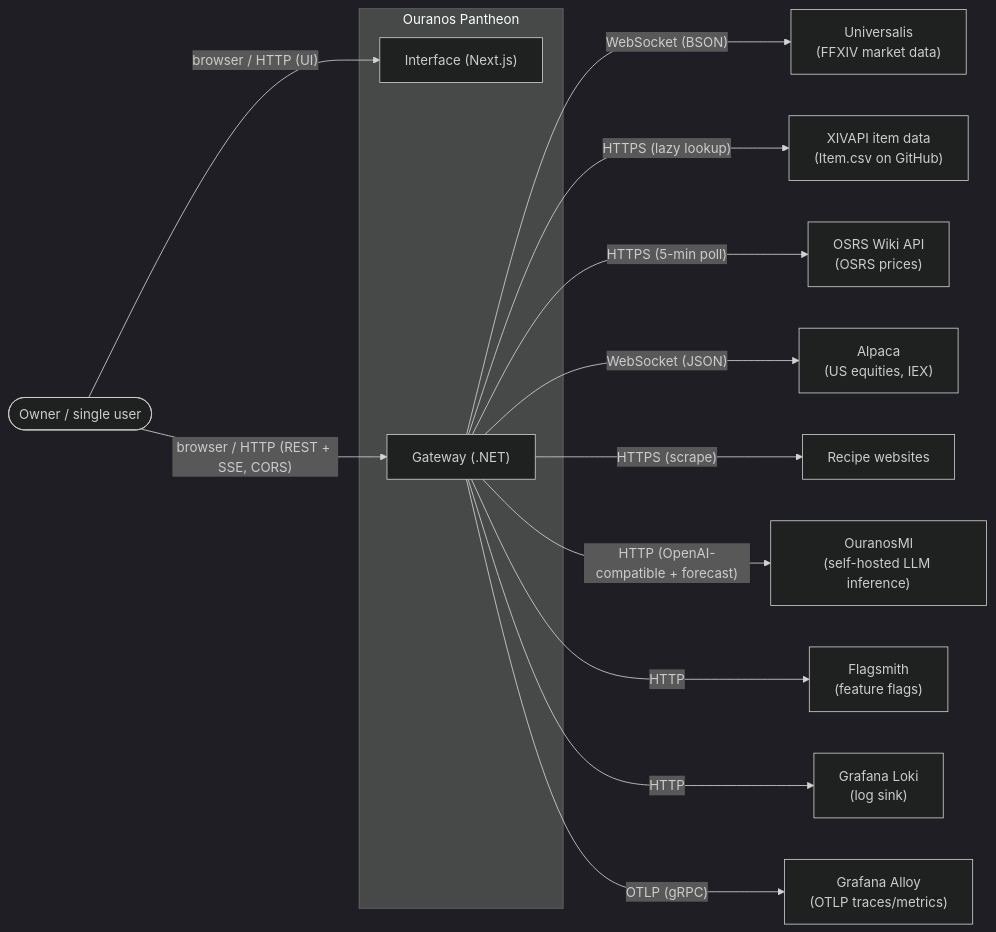
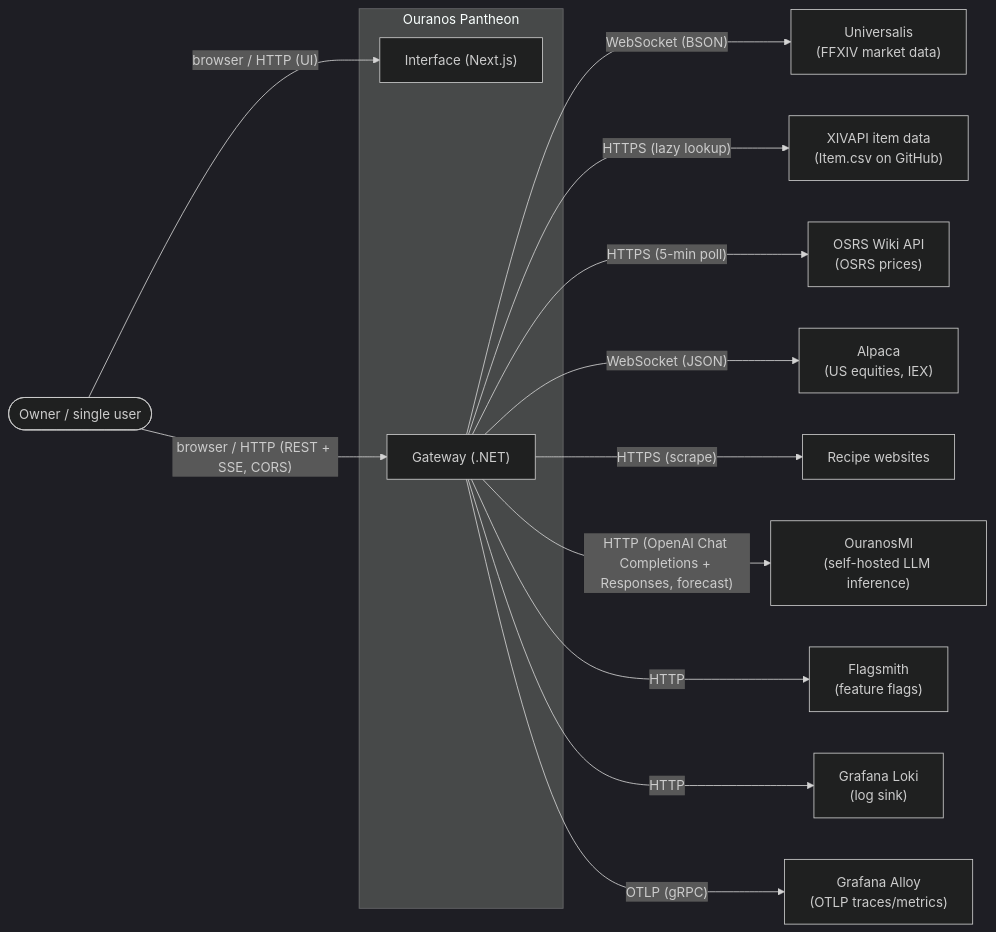
Before and after one commit to davwales/ouranos-pantheon: the diagram in docs/architecture/03-context-and-scope.md, drawn with Mermaid (dark theme). The commit also changed other lines of this file and 30 other files, not shown here.

First line of the commit message:
feat(ouranos-ml): added responses api integration

````diff
--- a/docs/architecture/03-context-and-scope.md
+++ b/docs/architecture/03-context-and-scope.md
@@ -10,32 +10,32 @@
 ```mermaid
 graph LR
     owner([Owner / single user])
 
     subgraph pantheon["Ouranos Pantheon"]
         interface["Interface (Next.js)"]
         gateway["Gateway (.NET)"]
     end
 
     universalis["Universalis<br/>(FFXIV market data)"]
     xivapi["XIVAPI item data<br/>(Item.csv on GitHub)"]
     osrs["OSRS Wiki API<br/>(OSRS prices)"]
     alpaca["Alpaca<br/>(US equities, IEX)"]
     recipeSites["Recipe websites"]
     ouranosMl["OuranosMl<br/>(self-hosted LLM inference)"]
     flagsmith["Flagsmith<br/>(feature flags)"]
     loki["Grafana Loki<br/>(log sink)"]
     alloy["Grafana Alloy<br/>(OTLP traces/metrics)"]
 
     owner -- "browser / HTTP (UI)" --> interface
     owner -- "browser / HTTP (REST + SSE, CORS)" --> gateway
 
     gateway -- "WebSocket (BSON)" --> universalis
     gateway -- "HTTPS (lazy lookup)" --> xivapi
     gateway -- "HTTPS (5-min poll)" --> osrs
     gateway -- "WebSocket (JSON)" --> alpaca
     gateway -- "HTTPS (scrape)" --> recipeSites
-    gateway -- "HTTP (OpenAI-compatible + forecast)" --> ouranosMl
+    gateway -- "HTTP (OpenAI Chat Completions + Responses, forecast)" --> ouranosMl
     gateway -- HTTP --> flagsmith
     gateway -- HTTP --> loki
     gateway -- "OTLP (gRPC)" --> alloy
 ```
````
